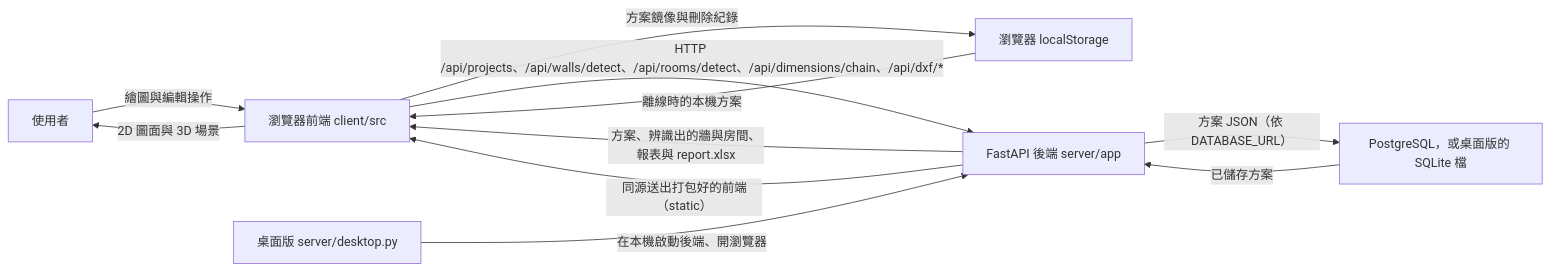
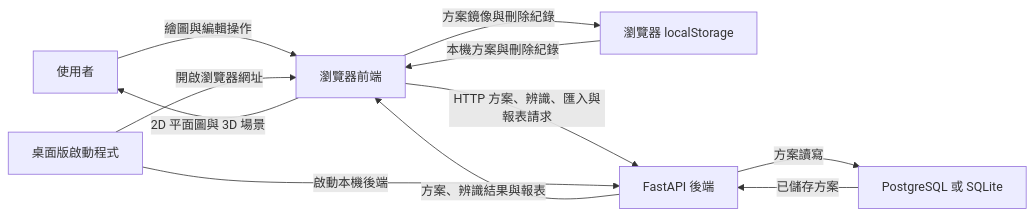
The first of 4 diagrams in README.md (bruuucechang/interiordesign), drawn with Mermaid before and after one commit. The commit also changed other lines of this file, not shown here.

````diff
--- a/README.md
+++ b/README.md
@@ -33,13 +33,13 @@
 ```mermaid
 flowchart LR
-    User["使用者"] -->|繪圖與編輯操作| Front["瀏覽器前端 client/src"]
-    Front -->|2D 圖面與 3D 場景| User
+    User["使用者"] -->|繪圖與編輯操作| Front["瀏覽器前端"]
+    Front -->|2D 平面圖與 3D 場景| User
     Front -->|方案鏡像與刪除紀錄| Local["瀏覽器 localStorage"]
-    Local -->|離線時的本機方案| Front
-    Front -->|"HTTP /api/projects、/api/walls/detect、/api/rooms/detect、/api/dimensions/chain、/api/dxf/*"| API["FastAPI 後端 server/app"]
-    API -->|"方案、辨識出的牆與房間、報表與 report.xlsx"| Front
-    API -->|"方案 JSON（依 DATABASE_URL）"| DB["PostgreSQL，或桌面版的 SQLite 檔"]
+    Local -->|本機方案與刪除紀錄| Front
+    Front -->|HTTP 方案、辨識、匯入與報表請求| API["FastAPI 後端"]
+    API -->|方案、辨識結果與報表| Front
+    API -->|方案讀寫| DB["PostgreSQL 或 SQLite"]
     DB -->|已儲存方案| API
-    API -->|"同源送出打包好的前端（static）"| Front
-    Desktop["桌面版 server/desktop.py"] -->|"在本機啟動後端、開瀏覽器"| API
+    Desktop["桌面版啟動程式"] -->|啟動本機後端| API
+    Desktop -->|開啟瀏覽器網址| Front
 ```
````
